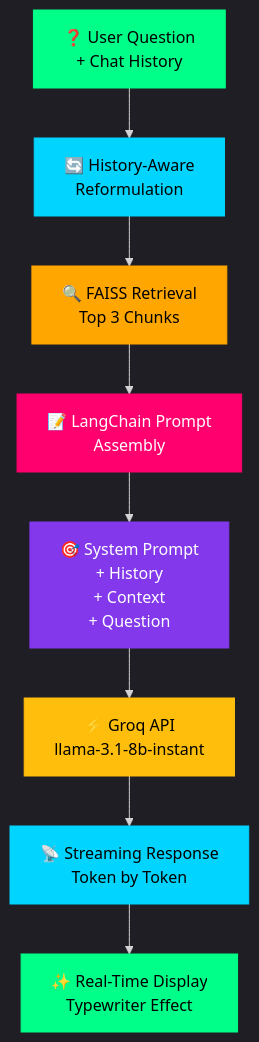
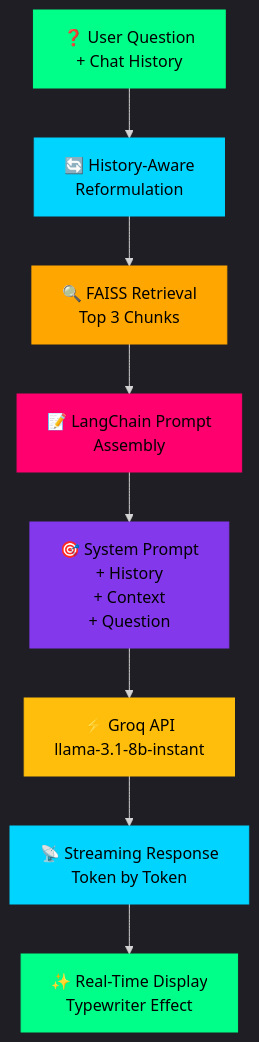
The third of 3 diagrams in README.md (farazmirzax/ContextAI), drawn with Mermaid before and after one commit. The commit also changed other lines of this file, not shown here.

Commit message:
text color updated

````diff
--- a/README.md
+++ b/README.md
@@ -88,20 +88,20 @@
 ```mermaid
 %%{init: {'theme':'dark'}}%%
 graph TD
     A["❓ User Question<br/>+ Chat History"] --> B["🔄 History-Aware<br/>Reformulation"]
     B --> C["🔍 FAISS Retrieval<br/>Top 3 Chunks"]
     C --> D["📝 LangChain Prompt<br/>Assembly"]
     D --> E["🎯 System Prompt<br/>+ History<br/>+ Context<br/>+ Question"]
     E --> F["⚡ Groq API<br/>llama-3.1-8b-instant"]
     F --> G["📡 Streaming Response<br/>Token by Token"]
     G --> H["✨ Real-Time Display<br/>Typewriter Effect"]
     
     style A fill:#00ff88,stroke:#00ff88,color:#000
     style B fill:#00d4ff,stroke:#00d4ff,color:#000
     style C fill:#ffa700,stroke:#ffa700,color:#000
-    style D fill:#ff006e,stroke:#ff006e,color:#fff
-    style E fill:#8338ec,stroke:#8338ec,color:#fff
+    style D fill:#ff006e,stroke:#ff006e,color:#000
+    style E fill:#8338ec,stroke:#8338ec,color:#000
     style F fill:#ffbe0b,stroke:#ffbe0b,color:#000
     style G fill:#00d4ff,stroke:#00d4ff,color:#000
     style H fill:#00ff88,stroke:#00ff88,color:#000
 ```
````
